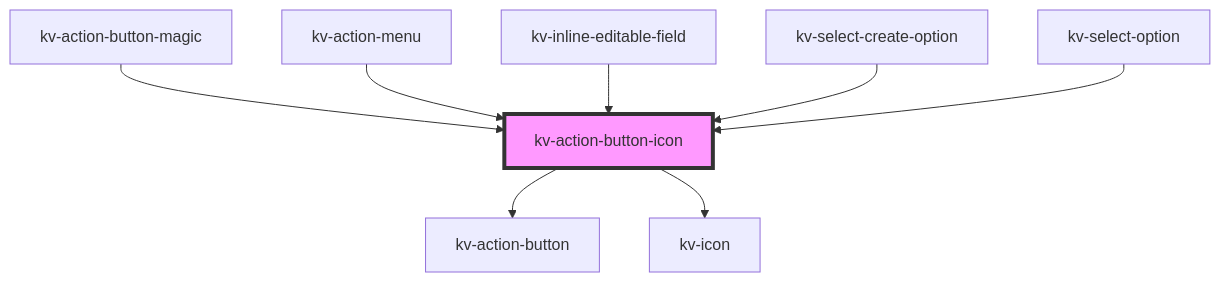
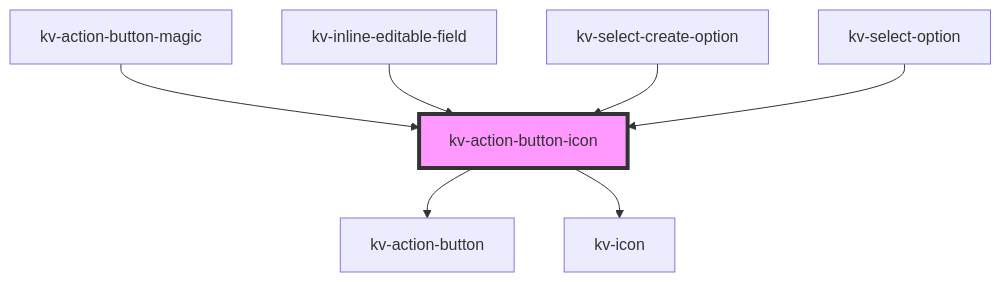
One commit to kelvininc/ui-components changed the diagram in packages/ui-components/src/components/action-button-icon/readme.md. Above: the diagram before and after it, drawn with Mermaid. The commit also changed other lines of this file and 42 other files, not shown here.

First line of the commit message:
refactor(action-menu)!: rebuild the action menu in React

````diff
--- a/packages/ui-components/src/components/action-button-icon/readme.md
+++ b/packages/ui-components/src/components/action-button-icon/readme.md
@@ -94,11 +93,10 @@
 ```mermaid
 graph TD;
   kv-action-button-icon --> kv-action-button
   kv-action-button-icon --> kv-icon
   kv-action-button-magic --> kv-action-button-icon
-  kv-action-menu --> kv-action-button-icon
   kv-inline-editable-field --> kv-action-button-icon
   kv-select-create-option --> kv-action-button-icon
   kv-select-option --> kv-action-button-icon
   style kv-action-button-icon fill:#f9f,stroke:#333,stroke-width:4px
 ```
````
